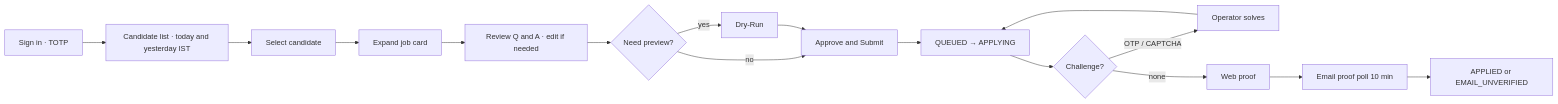
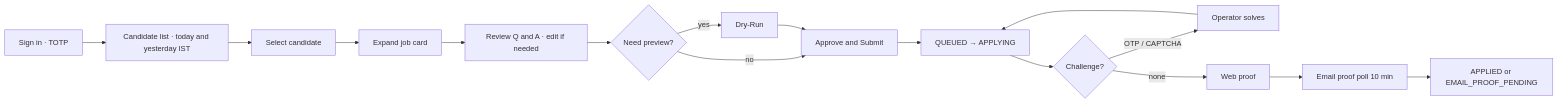
The eighth of 10 diagrams in OVERVIEW.md (yaswanthnaidu-yalla-applywizz/greehouse_apply), drawn with Mermaid before and after one commit. The commit also changed other lines of this file and 32 other files, not shown here.

First line of the commit message:
feat: unify email proof and operator dashboard flows

````diff
--- a/OVERVIEW.md
+++ b/OVERVIEW.md
@@ -497,18 +496,18 @@
 ```mermaid
 flowchart LR
   A[Sign in · TOTP] --> B[Candidate list · today and yesterday IST]
   B --> C[Select candidate]
   C --> D[Expand job card]
   D --> E[Review Q and A · edit if needed]
   E --> F{Need preview?}
   F -->|yes| G[Dry-Run]
   F -->|no| H[Approve and Submit]
   G --> H
   H --> I[QUEUED → APPLYING]
   I --> J{Challenge?}
   J -->|OTP / CAPTCHA| K[Operator solves]
   K --> I
   J -->|none| L[Web proof]
   L --> M[Email proof poll 10 min]
-  M --> N[APPLIED or EMAIL_UNVERIFIED]
+  M --> N[APPLIED or EMAIL_PROOF_PENDING]
 ```
````
